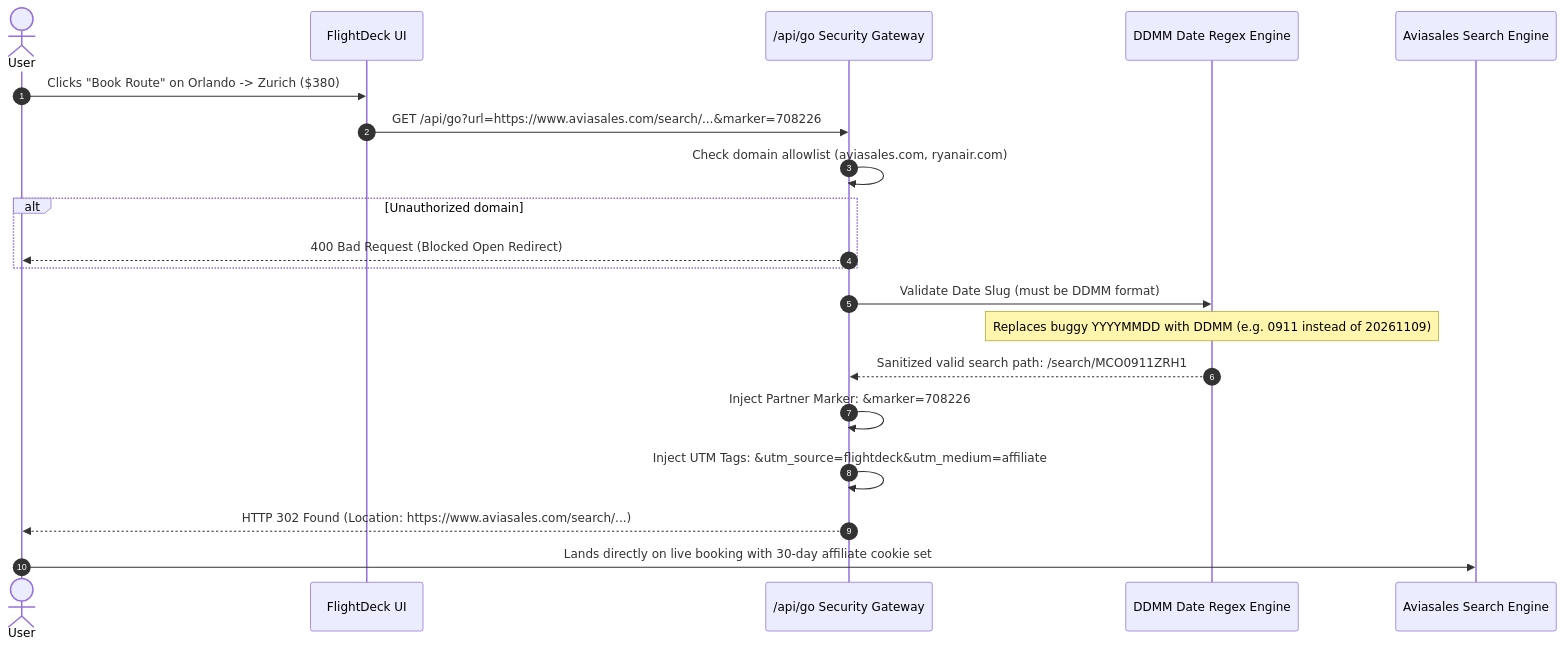
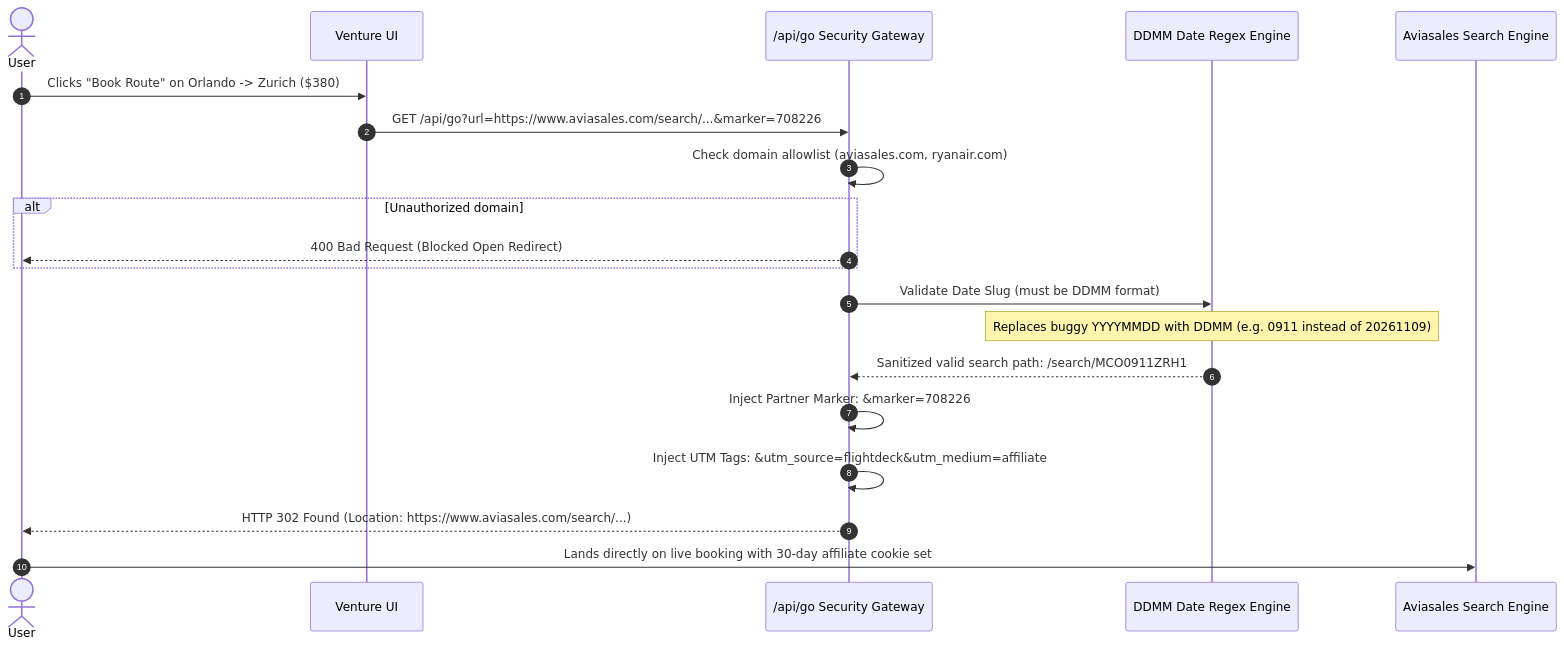
Before and after one commit to AidenCoffey/KnightsHack: the fourth of 4 diagrams in docs/HACKATHON_PRESENTATION.md, drawn with Mermaid. The commit also changed other lines of this file and 28 other files, not shown here.

````diff
--- a/docs/HACKATHON_PRESENTATION.md
+++ b/docs/HACKATHON_PRESENTATION.md
@@ -212,27 +212,27 @@
 ```mermaid
 sequenceDiagram
     autonumber
     actor Traveler as User
-    participant App as FlightDeck UI
+    participant App as Venture UI
     participant Redirector as /api/go Security Gateway
     participant Sanitizer as DDMM Date Regex Engine
     participant Aviasales as Aviasales Search Engine
 
     Traveler->>App: Clicks "Book Route" on Orlando -> Zurich ($380)
     App->>Redirector: GET /api/go?url=https://www.aviasales.com/search/...&marker=708226
     
     Redirector->>Redirector: Check domain allowlist (aviasales.com, ryanair.com)
     alt Unauthorized domain
         Redirector-->>Traveler: 400 Bad Request (Blocked Open Redirect)
     end
     
     Redirector->>Sanitizer: Validate Date Slug (must be DDMM format)
     Note over Sanitizer: Replaces buggy YYYYMMDD with DDMM (e.g. 0911 instead of 20261109)
     Sanitizer-->>Redirector: Sanitized valid search path: /search/MCO0911ZRH1
     
     Redirector->>Redirector: Inject Partner Marker: &marker=708226
     Redirector->>Redirector: Inject UTM Tags: &utm_source=flightdeck&utm_medium=affiliate
     
     Redirector-->>Traveler: HTTP 302 Found (Location: https://www.aviasales.com/search/...)
     Traveler->>Aviasales: Lands directly on live booking with 30-day affiliate cookie set
 ```
````
